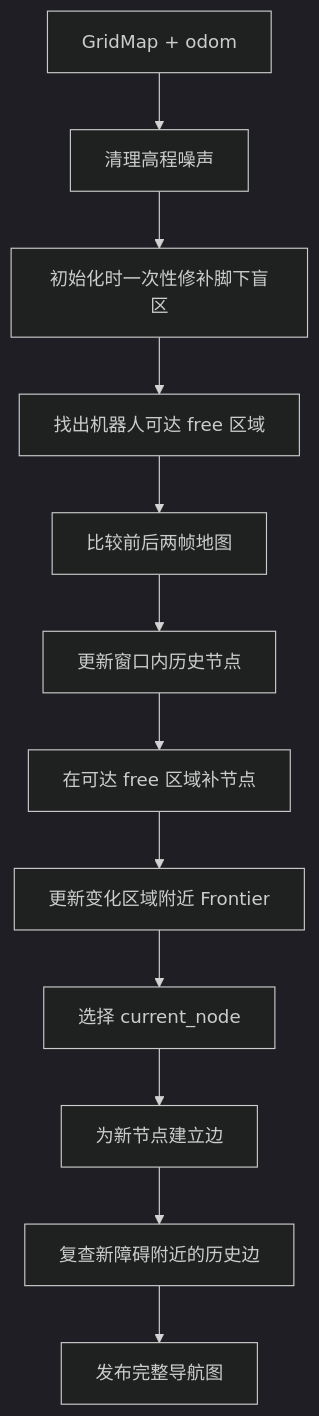
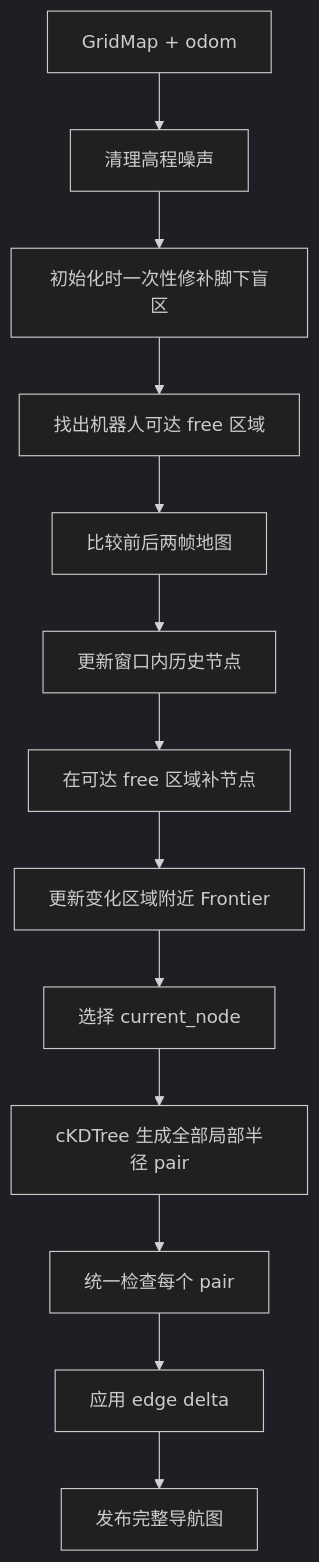
Before and after one commit to wycaca/wildos: the diagram in graph_construction/docs/details/graph_update.md, drawn with Mermaid (dark theme). The commit also changed other lines of this file and 11 other files, not shown here.

Commit message:
重构(graph): 按论文实现稀疏图更新

````diff
--- a/graph_construction/docs/details/graph_update.md
+++ b/graph_construction/docs/details/graph_update.md
@@ -68,14 +73,15 @@
 ```mermaid
 flowchart TD
     A["GridMap + odom"] --> B["清理高程噪声"]
     B --> C["初始化时一次性修补脚下盲区"]
     C --> D["找出机器人可达 free 区域"]
     D --> E["比较前后两帧地图"]
     E --> F["更新窗口内历史节点"]
     F --> G["在可达 free 区域补节点"]
     G --> H["更新变化区域附近 Frontier"]
     H --> I["选择 current_node"]
-    I --> J["为新节点建立边"]
-    J --> K["复查新障碍附近的历史边"]
-    K --> L["发布完整导航图"]
+    I --> J["cKDTree 生成全部局部半径 pair"]
+    J --> K["统一检查每个 pair"]
+    K --> L["应用 edge delta"]
+    L --> M["发布完整导航图"]
 ```
````
